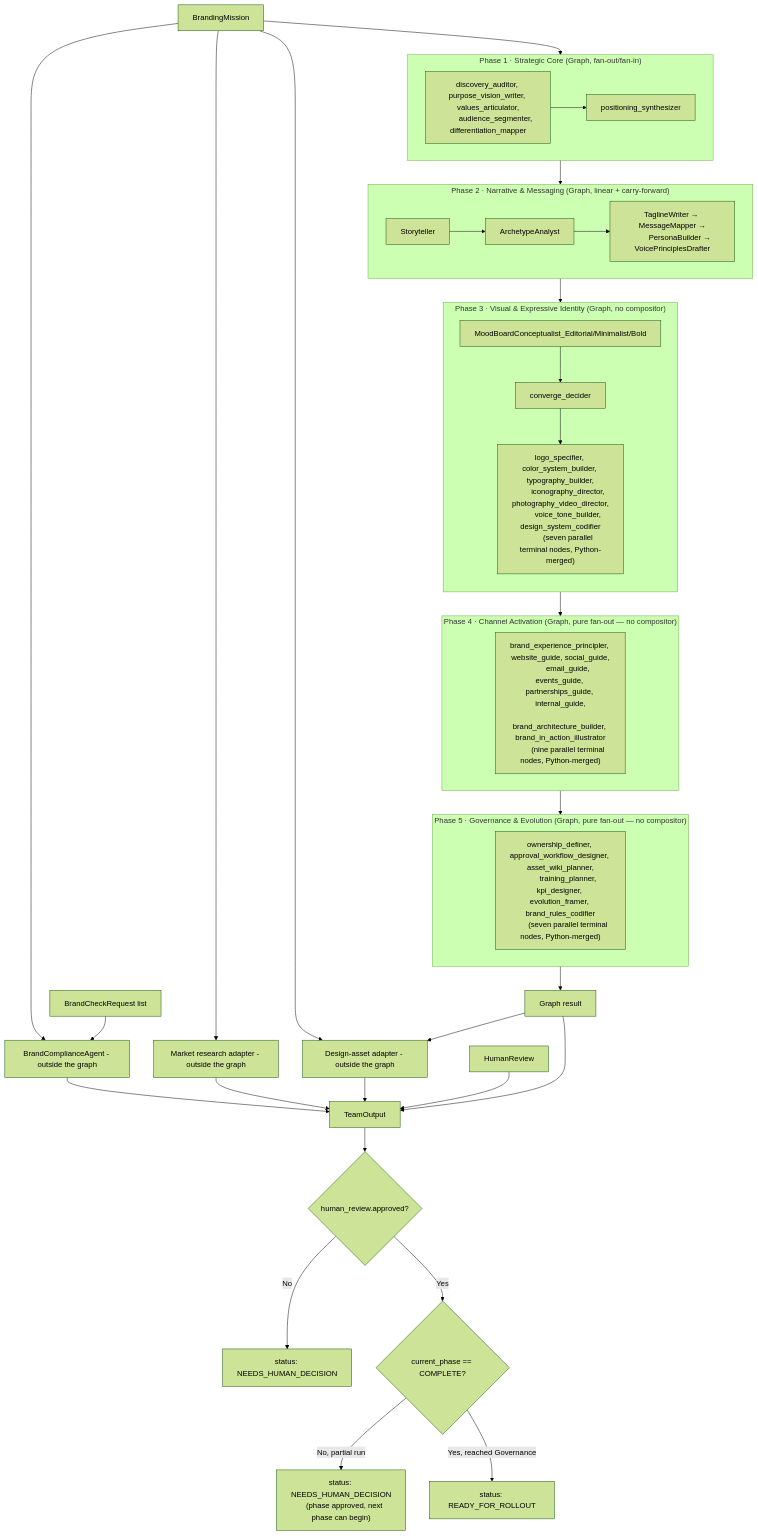
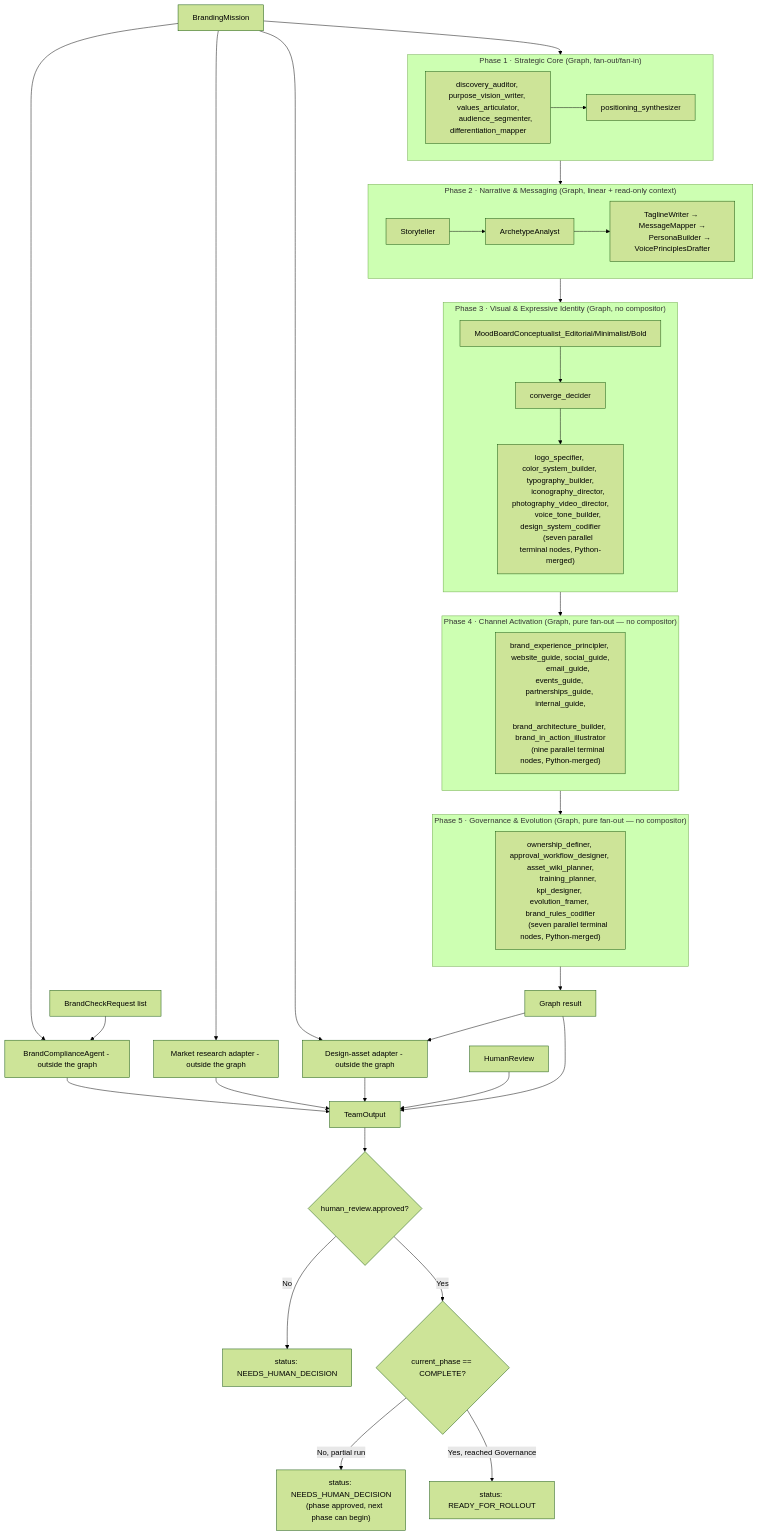
One commit to brandonkindred/Khala-Agentic-AI-Teams changed the first of 3 diagrams in backend/agents/branding_team/README.md. Above: the diagram before and after it, drawn with Mermaid (forest theme). The commit also changed other lines of this file and 5 other files, not shown here.

First line of the commit message:
Reframe branding-team Phase-2 prompts as read-only upstream context

````diff
--- a/backend/agents/branding_team/README.md
+++ b/backend/agents/branding_team/README.md
@@ -44,70 +44,70 @@
 ```mermaid
 flowchart TB
     Mission[BrandingMission] --> P1
 
     subgraph P1 ["Phase 1 · Strategic Core (Graph, fan-out/fan-in)"]
         direction LR
         P1nodes["discovery_auditor, purpose_vision_writer, values_articulator,
         audience_segmenter, differentiation_mapper"] --> P1join[positioning_synthesizer]
     end
 
     P1 --> P2
 
-    subgraph P2 ["Phase 2 · Narrative & Messaging (Graph, linear + carry-forward)"]
+    subgraph P2 ["Phase 2 · Narrative & Messaging (Graph, linear + read-only context)"]
         direction LR
         P2a[Storyteller] --> P2b[ArchetypeAnalyst]
         P2b --> P2rest["TaglineWriter → MessageMapper →
         PersonaBuilder → VoicePrinciplesDrafter"]
     end
 
     P2 --> P3
 
     subgraph P3 ["Phase 3 · Visual & Expressive Identity (Graph, no compositor)"]
         direction TB
         P3diverge["MoodBoardConceptualist_Editorial/Minimalist/Bold"] --> P3conv[converge_decider]
         P3conv --> P3fan["logo_specifier, color_system_builder, typography_builder,
         iconography_director, photography_video_director,
         voice_tone_builder, design_system_codifier
         (seven parallel terminal nodes, Python-merged)"]
     end
 
     P3 --> P4
 
     subgraph P4 ["Phase 4 · Channel Activation (Graph, pure fan-out — no compositor)"]
         direction LR
         P4nodes["brand_experience_principler, website_guide, social_guide,
         email_guide, events_guide, partnerships_guide, internal_guide,
         brand_architecture_builder, brand_in_action_illustrator
         (nine parallel terminal nodes, Python-merged)"]
     end
 
     P4 --> P5
 
     subgraph P5 ["Phase 5 · Governance & Evolution (Graph, pure fan-out — no compositor)"]
         direction LR
         P5nodes["ownership_definer, approval_workflow_designer, asset_wiki_planner,
         training_planner, kpi_designer, evolution_framer, brand_rules_codifier
         (seven parallel terminal nodes, Python-merged)"]
     end
 
     P5 --> GraphResult[Graph result]
 
     Mission --> Compliance[BrandComplianceAgent - outside the graph]
     BrandChecks[BrandCheckRequest list] --> Compliance
     Mission --> MarketResearch[Market research adapter - outside the graph]
     Mission --> DesignAssets[Design-asset adapter - outside the graph]
     GraphResult --> DesignAssets
 
     GraphResult --> TeamOutput[TeamOutput]
     Compliance --> TeamOutput
     MarketResearch --> TeamOutput
     DesignAssets --> TeamOutput
     HumanReview[HumanReview] --> TeamOutput
 
     TeamOutput --> Approved{human_review.approved?}
     Approved -->|No| NeedsHuman[status: NEEDS_HUMAN_DECISION]
     Approved -->|Yes| Complete{current_phase == COMPLETE?}
     Complete -->|No, partial run| PhaseApproved["status: NEEDS_HUMAN_DECISION
     (phase approved, next phase can begin)"]
     Complete -->|Yes, reached Governance| Ready[status: READY_FOR_ROLLOUT]
 ```
````
